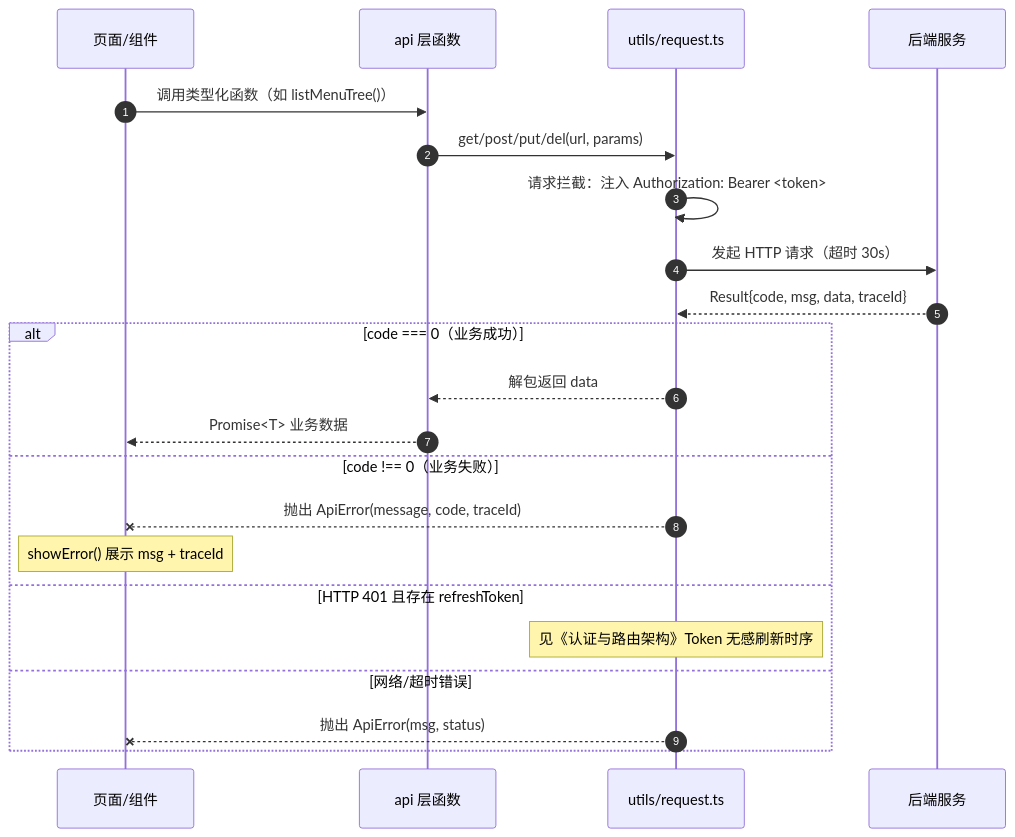
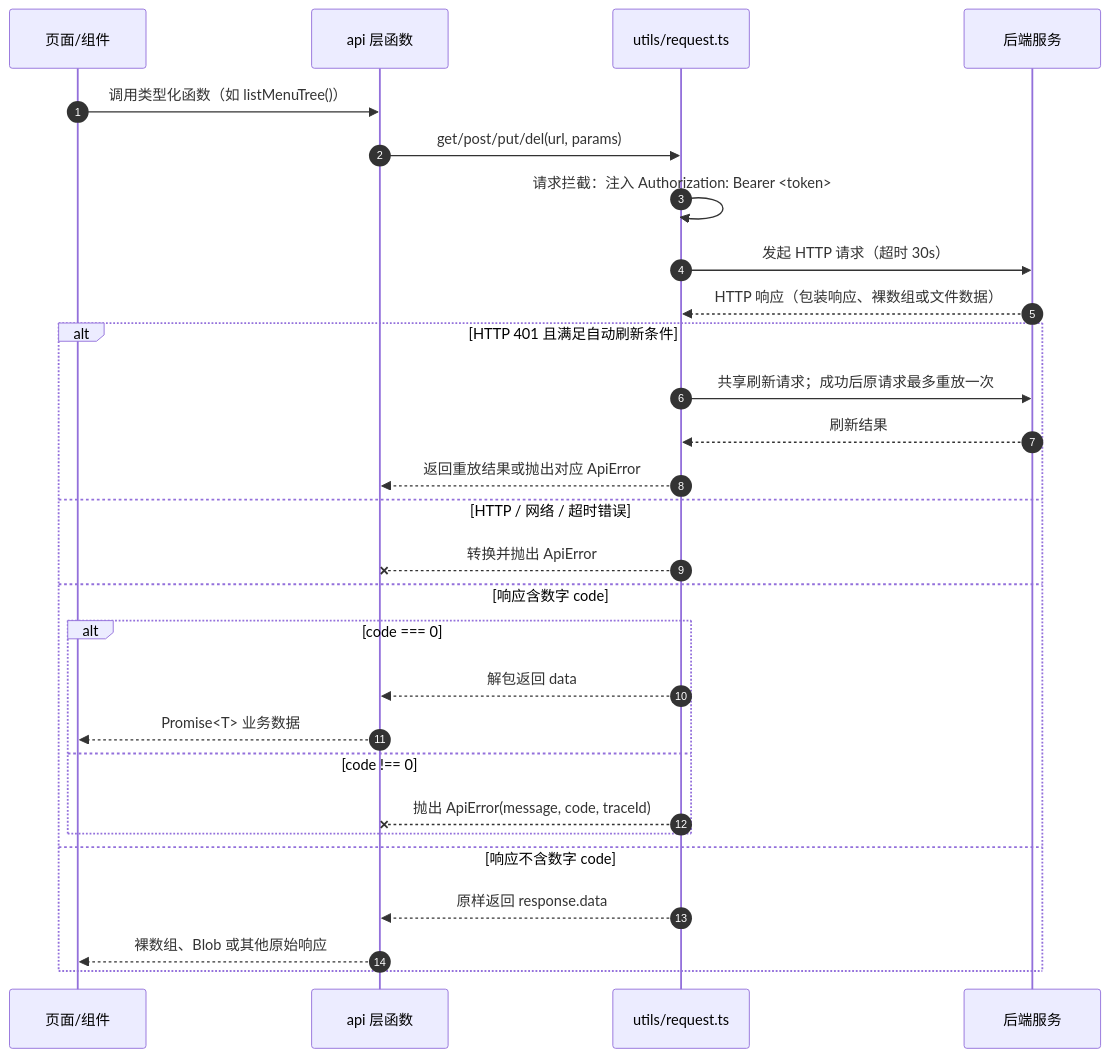
Before and after one commit to apex-cloud-service/apex-admin-web: the third of 4 diagrams in docs/architecture/overview.md, drawn with Mermaid. The commit also changed other lines of this file and 9 other files, not shown here.

````diff
--- a/docs/architecture/overview.md
+++ b/docs/architecture/overview.md
@@ -111,26 +111,32 @@
 ```mermaid
 sequenceDiagram
     autonumber
     participant View as 页面/组件
     participant Api as api 层函数
     participant Req as utils/request.ts
     participant BE as 后端服务
 
     View->>Api: 调用类型化函数（如 listMenuTree()）
     Api->>Req: get/post/put/del(url, params)
     Req->>Req: 请求拦截：注入 Authorization: Bearer <token>
     Req->>BE: 发起 HTTP 请求（超时 30s）
-    BE-->>Req: Result{code, msg, data, traceId}
+    BE-->>Req: HTTP 响应（包装响应、裸数组或文件数据）
 
-    alt code === 0（业务成功）
-        Req-->>Api: 解包返回 data
-        Api-->>View: Promise<T> 业务数据
-    else code !== 0（业务失败）
-        Req--xView: 抛出 ApiError(message, code, traceId)
-        Note over View: showError() 展示 msg + traceId
-    else HTTP 401 且存在 refreshToken
-        Note over Req: 见《认证与路由架构》Token 无感刷新时序
-    else 网络/超时错误
-        Req--xView: 抛出 ApiError(msg, status)
+    alt HTTP 401 且满足自动刷新条件
+        Req->>BE: 共享刷新请求；成功后原请求最多重放一次
+        BE-->>Req: 刷新结果
+        Req-->>Api: 返回重放结果或抛出对应 ApiError
+    else HTTP / 网络 / 超时错误
+        Req--xApi: 转换并抛出 ApiError
+    else 响应含数字 code
+        alt code === 0
+            Req-->>Api: 解包返回 data
+            Api-->>View: Promise<T> 业务数据
+        else code !== 0
+            Req--xApi: 抛出 ApiError(message, code, traceId)
+        end
+    else 响应不含数字 code
+        Req-->>Api: 原样返回 response.data
+        Api-->>View: 裸数组、Blob 或其他原始响应
     end
 ```
````
